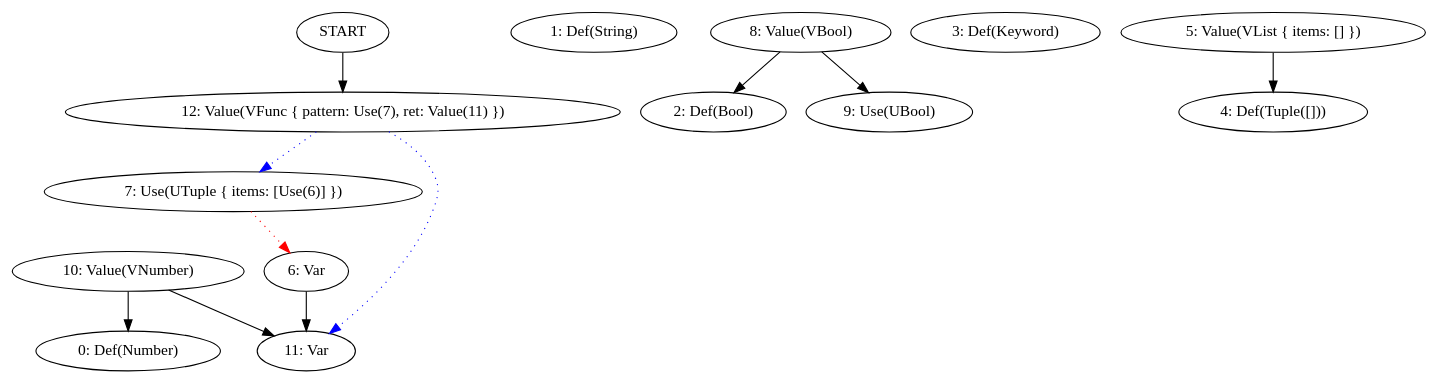
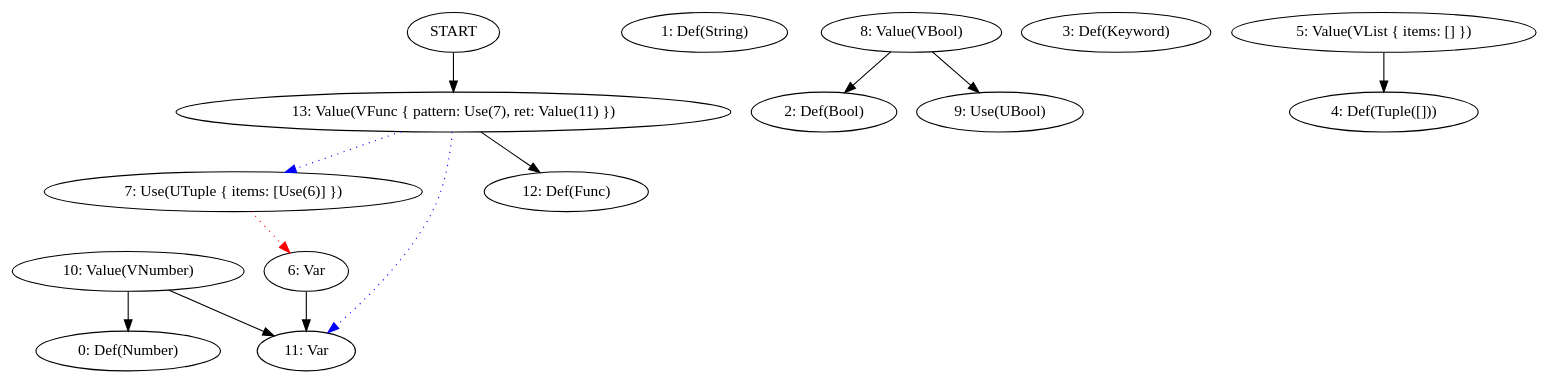
One commit to frondeus/project-s changed the diagram in docs/log/2025-06-18.md. Above: the diagram before and after it, drawn with Graphviz. The commit also changed 31 other files, not shown here.

````diff
--- a/docs/log/2025-06-18.md
+++ b/docs/log/2025-06-18.md
@@ -18,28 +18,30 @@
 ```graphviz
 digraph G {
 N0 [label="0: Def(Number)"];
 N1 [label="1: Def(String)"];
 N2 [label="2: Def(Bool)"];
 N3 [label="3: Def(Keyword)"];
 N4 [label="4: Def(Tuple([]))"];
 N5 [label="5: Value(VList { items: [] })"];
 N6 [label="6: Var"];
 N7 [label="7: Use(UTuple { items: [Use(6)] })"];
 N8 [label="8: Value(VBool)"];
 N9 [label="9: Use(UBool)"];
 N10 [label="10: Value(VNumber)"];
 N11 [label="11: Var"];
-N12 [label="12: Value(VFunc { pattern: Use(7), ret: Value(11) })"];
-START -> N12
+N12 [label="12: Def(Func)"];
+N13 [label="13: Value(VFunc { pattern: Use(7), ret: Value(11) })"];
+START -> N13
 N7 -> N6 [color=red, style=dotted];
-N12 -> N7 [color=blue, style=dotted];
-N12 -> N11 [color=blue, style=dotted];
+N13 -> N7 [color=blue, style=dotted];
+N13 -> N11 [color=blue, style=dotted];
 N5 -> N4;
 N6 -> N11;
 N8 -> N2;
 N8 -> N9;
 N10 -> N0;
 N10 -> N11;
+N13 -> N12;
 }
 
 ```
````
